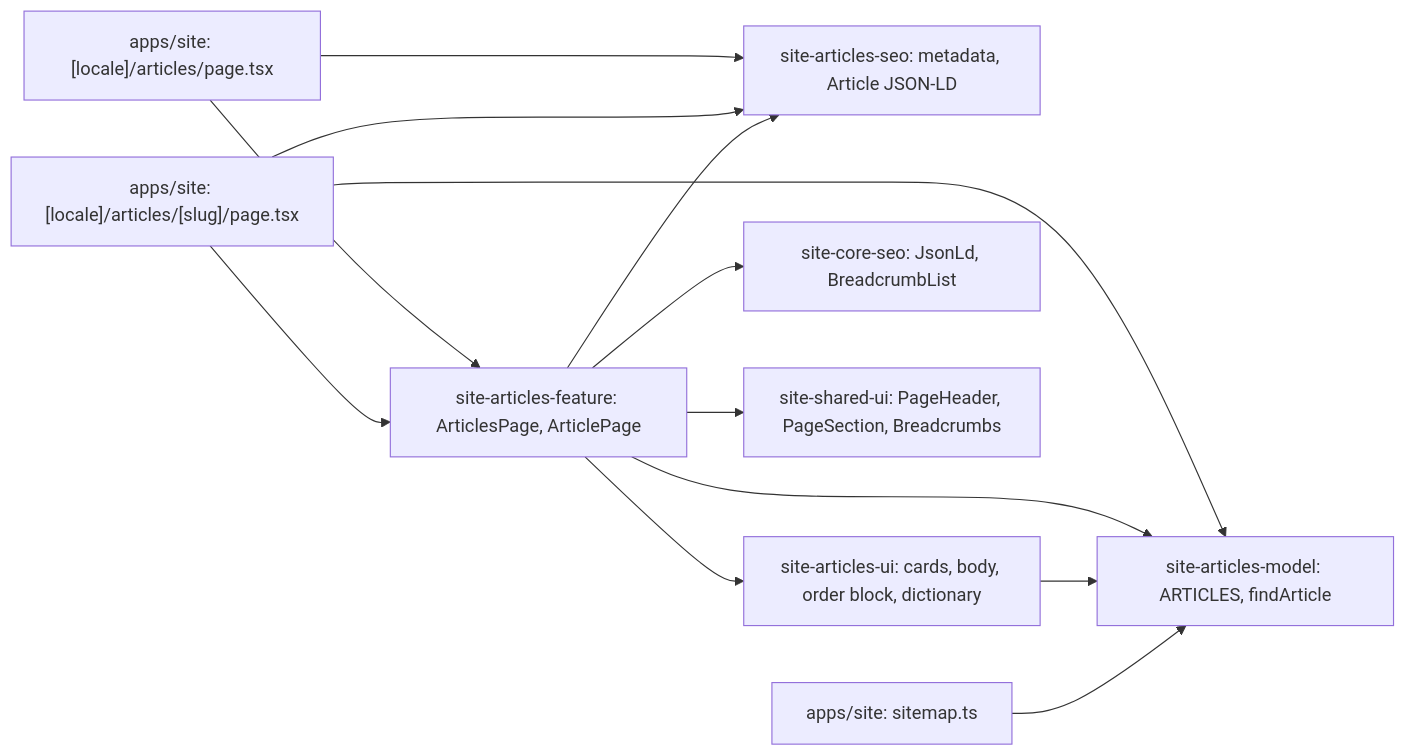
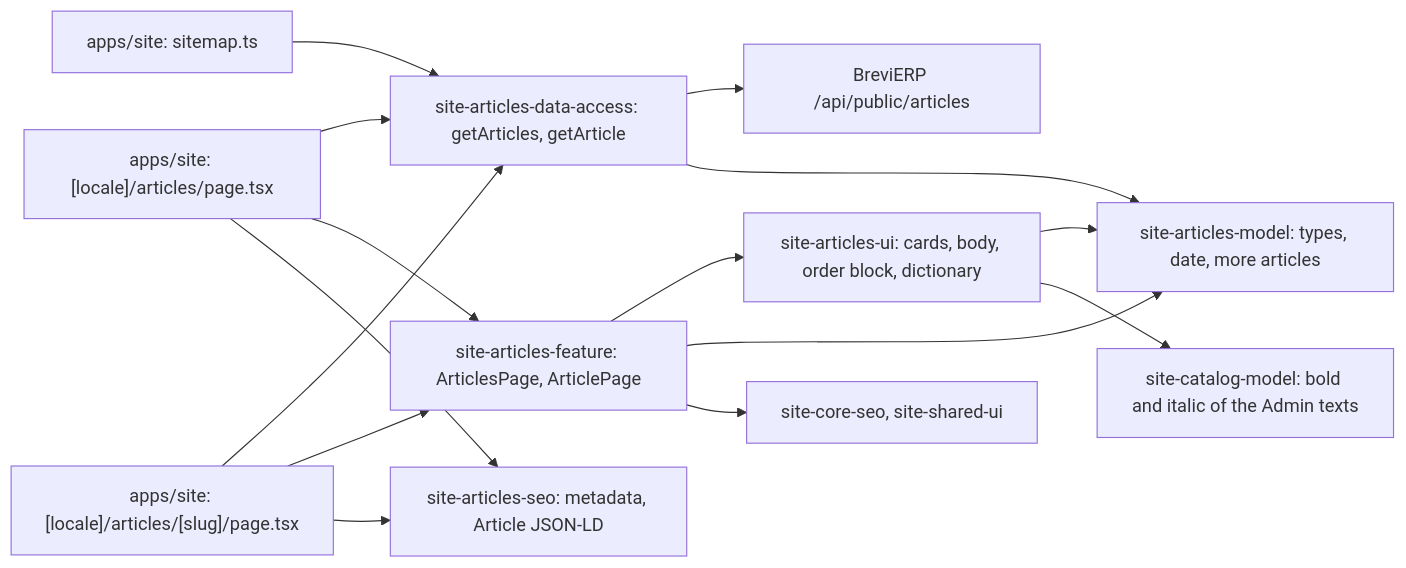
The diagram in docs/features/site/articles.md (Weretik/brevi-web), drawn with Mermaid before and after one commit. The commit also changed other lines of this file and 74 other files, not shown here.

First line of the commit message:
feat(site): articles read from the admin through the public API (CNT-004 stage 4)

````diff
--- a/docs/features/site/articles.md
+++ b/docs/features/site/articles.md
@@ -9,15 +9,17 @@
 ```mermaid
 flowchart LR
-  List["apps/site: [locale]/articles/page.tsx"] --> Feature["site-articles-feature: ArticlesPage, ArticlePage"]
-  One["apps/site: [locale]/articles/[slug]/page.tsx"] --> Feature
-  List --> PageSeo["site-articles-seo: metadata, Article JSON-LD"]
-  One --> PageSeo
-  One --> Model["site-articles-model: ARTICLES, findArticle"]
-  Feature --> Model
-  Feature --> PageSeo
+  List["apps/site: [locale]/articles/page.tsx"] --> Data["site-articles-data-access: getArticles, getArticle"]
+  One["apps/site: [locale]/articles/[slug]/page.tsx"] --> Data
+  Sitemap["apps/site: sitemap.ts"] --> Data
+  Data --> Api["BreviERP /api/public/articles"]
+  List --> Feature["site-articles-feature: ArticlesPage, ArticlePage"]
+  One --> Feature
+  One --> PageSeo["site-articles-seo: metadata, Article JSON-LD"]
+  List --> PageSeo
   Feature --> Ui["site-articles-ui: cards, body, order block, dictionary"]
+  Feature --> Model["site-articles-model: types, date, more articles"]
+  Data --> Model
   Ui --> Model
-  Feature --> Seo["site-core-seo: JsonLd, BreadcrumbList"]
-  Feature --> Shared["site-shared-ui: PageHeader, PageSection, Breadcrumbs"]
-  Sitemap["apps/site: sitemap.ts"] --> Model
+  Ui --> Inline["site-catalog-model: bold and italic of the Admin texts"]
+  Feature --> Shared["site-core-seo, site-shared-ui"]
 ```
````
